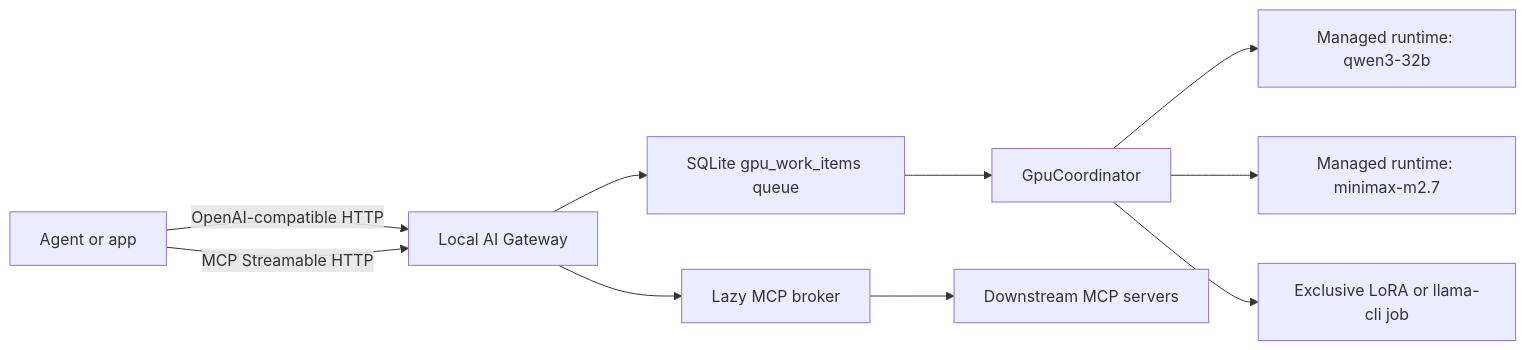
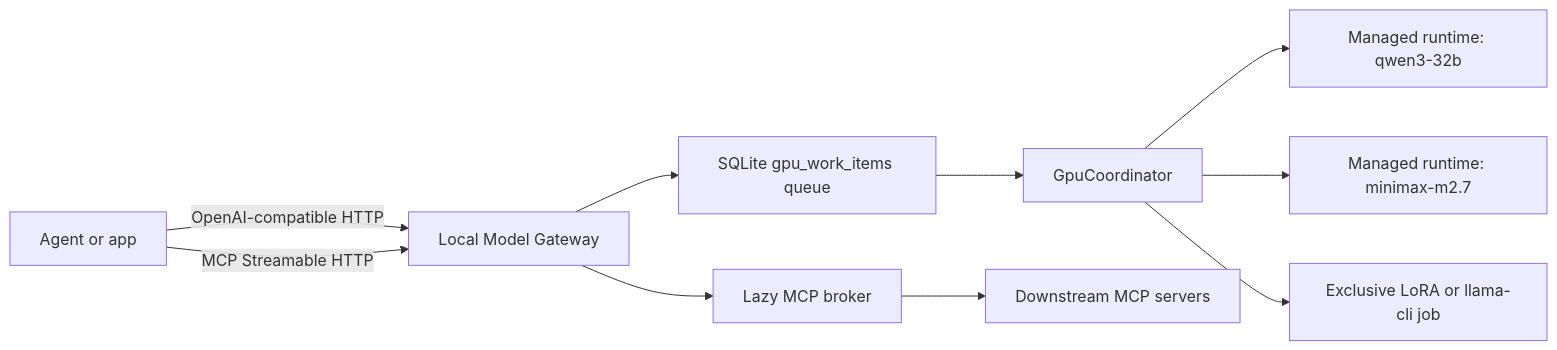
Before and after one commit to vstep1/local-model-gateway: the diagram in README.md, drawn with Mermaid. The commit also changed other lines of this file and 45 other files, not shown here.

Commit message:
Rename project to local-model-gateway

````diff
--- a/README.md
+++ b/README.md
@@ -50,12 +50,12 @@
 ```mermaid
 flowchart LR
-  A["Agent or app"] -->|"OpenAI-compatible HTTP"| G["Local AI Gateway"]
+  A["Agent or app"] -->|"OpenAI-compatible HTTP"| G["Local Model Gateway"]
   A -->|"MCP Streamable HTTP"| G
   G --> Q["SQLite gpu_work_items queue"]
   Q --> C["GpuCoordinator"]
   C --> R1["Managed runtime: qwen3-32b"]
   C --> R2["Managed runtime: minimax-m2.7"]
   C --> R3["Exclusive LoRA or llama-cli job"]
   G --> B["Lazy MCP broker"]
   B --> D["Downstream MCP servers"]
 ```
````
